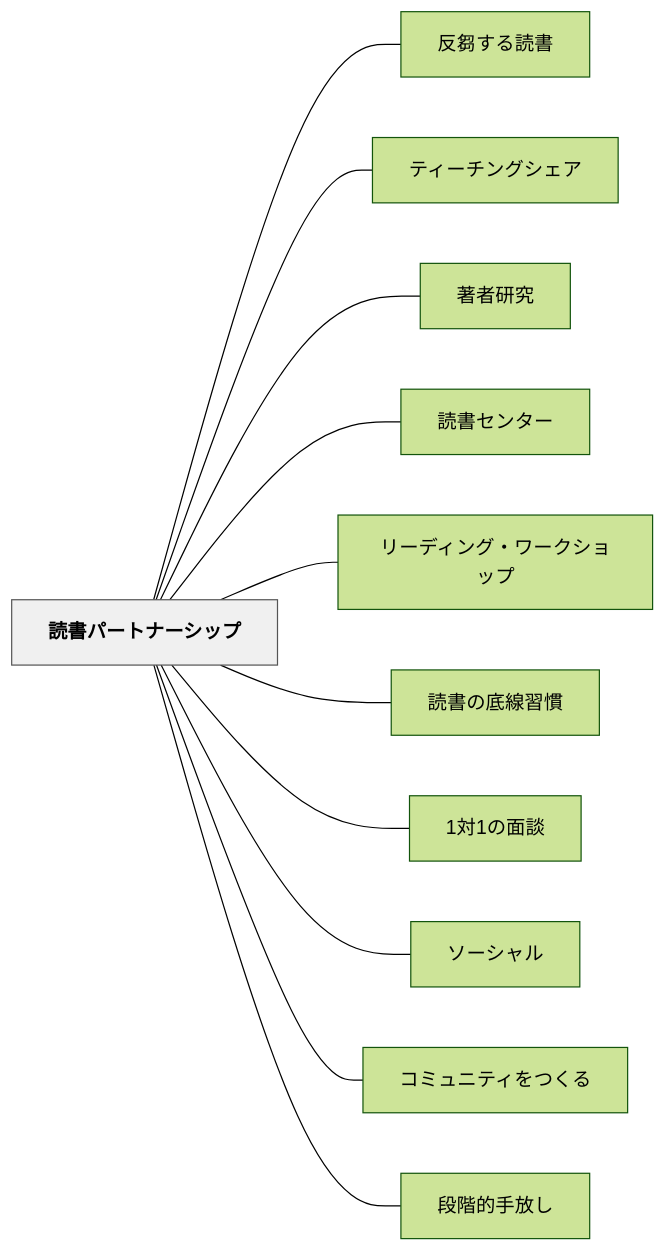
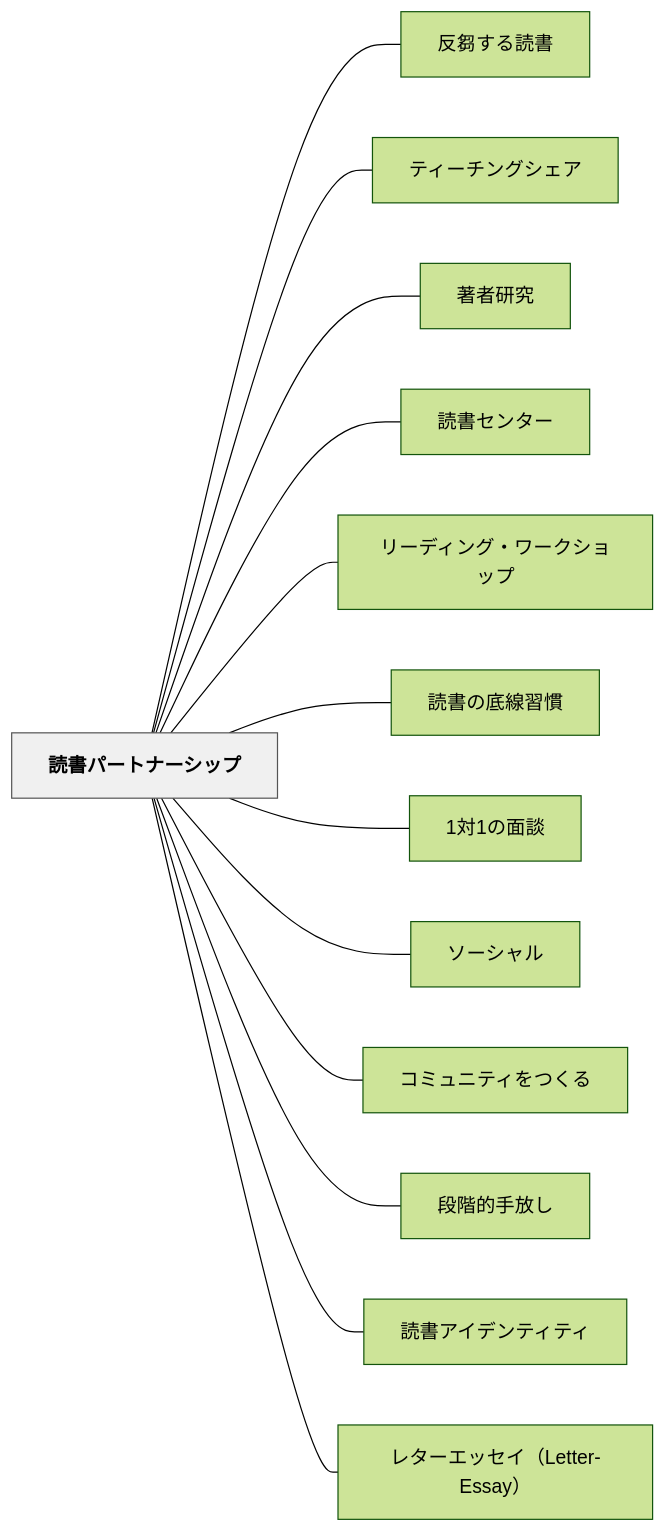
Before and after one commit to unknownthings-ed-patterns/unknownthings-ed-patterns: the diagram in content/パタン/読書パートナーシップ.md, drawn with Mermaid (forest theme). The commit also changed 158 other files, not shown here.

````diff
--- a/content/パタン/読書パートナーシップ.md
+++ b/content/パタン/読書パートナーシップ.md
@@ -95,28 +95,32 @@
 ```mermaid
 flowchart LR
     ne8aaade69bb8e38391e383bce38388e3838ae383bce382b7e38383e38397["読書パートナーシップ"]
     ne58f8de88abbe38199e3828be8aaade69bb8["反芻する読書"]
     ne38386e382a3e383bce38381e383b3e382b0e382b7e382a7e382a2["ティーチングシェア"]
     ne89197e88085e7a094e7a9b6["著者研究"]
     ne8aaade69bb8e382bbe383b3e382bfe383bc["読書センター"]
     ne383aae383bce38387e382a3e383b3e382b0e383bbe383afe383bce382afe382b7e383a7e38383e38397["リーディング・ワークショップ"]
     ne8aaade69bb8e381aee5ba95e7b79ae7bf92e685a3["読書の底線習慣"]
     n31e5afbe31e381aee99da2e8ab87["1対1の面談"]
     ne382bde383bce382b7e383a3e383ab["ソーシャル"]
     ne382b3e3839fe383a5e3838be38386e382a3e38292e381a4e3818fe3828b["コミュニティをつくる"]
     ne6aeb5e99a8ee79a84e6898be694bee38197["段階的手放し"]
+    ne8aaade69bb8e382a2e382a4e38387e383b3e38386e382a3e38386e382a3["読書アイデンティティ"]
+    ne383ace382bfe383bce382a8e38383e382bbe382a4efbc884c65747465722d4573736179efbc89["レターエッセイ（Letter-Essay）"]
 
     ne8aaade69bb8e38391e383bce38388e3838ae383bce382b7e38383e38397 --- ne58f8de88abbe38199e3828be8aaade69bb8
     ne8aaade69bb8e38391e383bce38388e3838ae383bce382b7e38383e38397 --- ne38386e382a3e383bce38381e383b3e382b0e382b7e382a7e382a2
     ne8aaade69bb8e38391e383bce38388e3838ae383bce382b7e38383e38397 --- ne89197e88085e7a094e7a9b6
     ne8aaade69bb8e38391e383bce38388e3838ae383bce382b7e38383e38397 --- ne8aaade69bb8e382bbe383b3e382bfe383bc
     ne8aaade69bb8e38391e383bce38388e3838ae383bce382b7e38383e38397 --- ne383aae383bce38387e382a3e383b3e382b0e383bbe383afe383bce382afe382b7e383a7e38383e38397
     ne8aaade69bb8e38391e383bce38388e3838ae383bce382b7e38383e38397 --- ne8aaade69bb8e381aee5ba95e7b79ae7bf92e685a3
     ne8aaade69bb8e38391e383bce38388e3838ae383bce382b7e38383e38397 --- n31e5afbe31e381aee99da2e8ab87
     ne8aaade69bb8e38391e383bce38388e3838ae383bce382b7e38383e38397 --- ne382bde383bce382b7e383a3e383ab
     ne8aaade69bb8e38391e383bce38388e3838ae383bce382b7e38383e38397 --- ne382b3e3839fe383a5e3838be38386e382a3e38292e381a4e3818fe3828b
     ne8aaade69bb8e38391e383bce38388e3838ae383bce382b7e38383e38397 --- ne6aeb5e99a8ee79a84e6898be694bee38197
+    ne8aaade69bb8e38391e383bce38388e3838ae383bce382b7e38383e38397 --- ne8aaade69bb8e382a2e382a4e38387e383b3e38386e382a3e38386e382a3
+    ne8aaade69bb8e38391e383bce38388e3838ae383bce382b7e38383e38397 --- ne383ace382bfe383bce382a8e38383e382bbe382a4efbc884c65747465722d4573736179efbc89
 
     classDef hub fill:#f0f0f0,stroke:#555,color:#000,font-weight:bold
     class ne8aaade69bb8e38391e383bce38388e3838ae383bce382b7e38383e38397 hub
 ```
````
